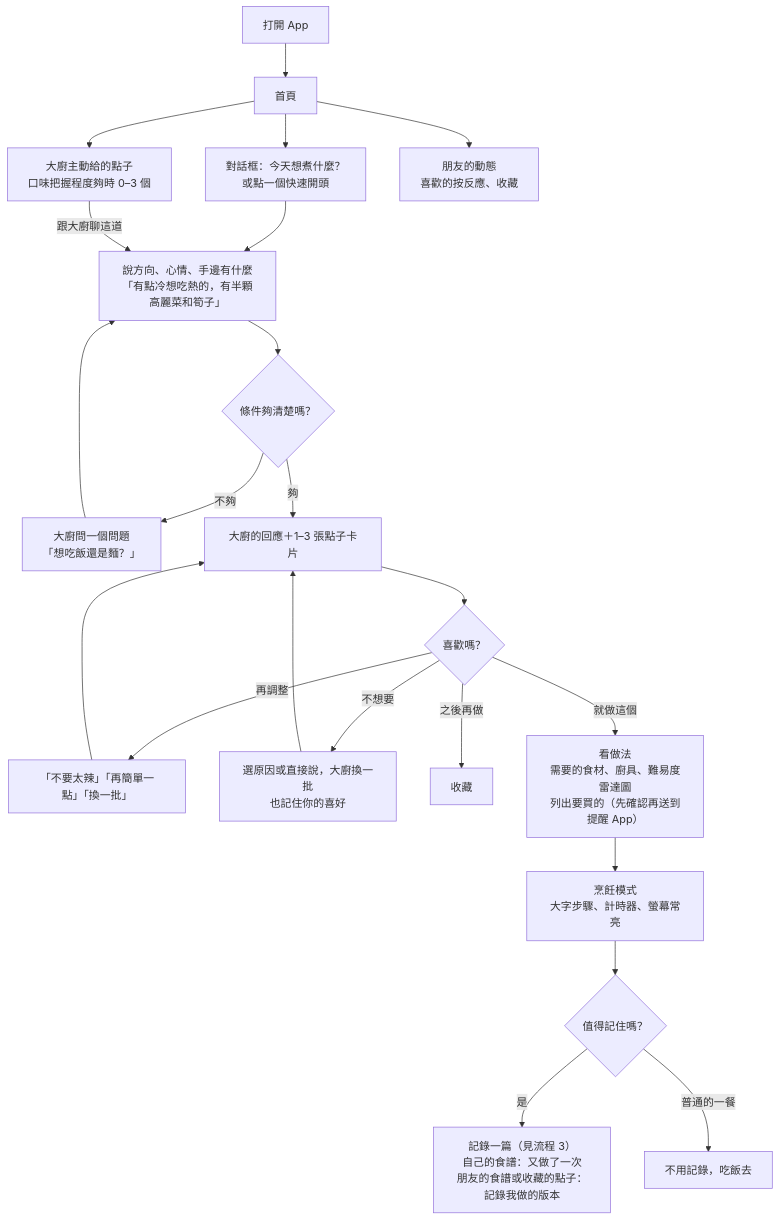
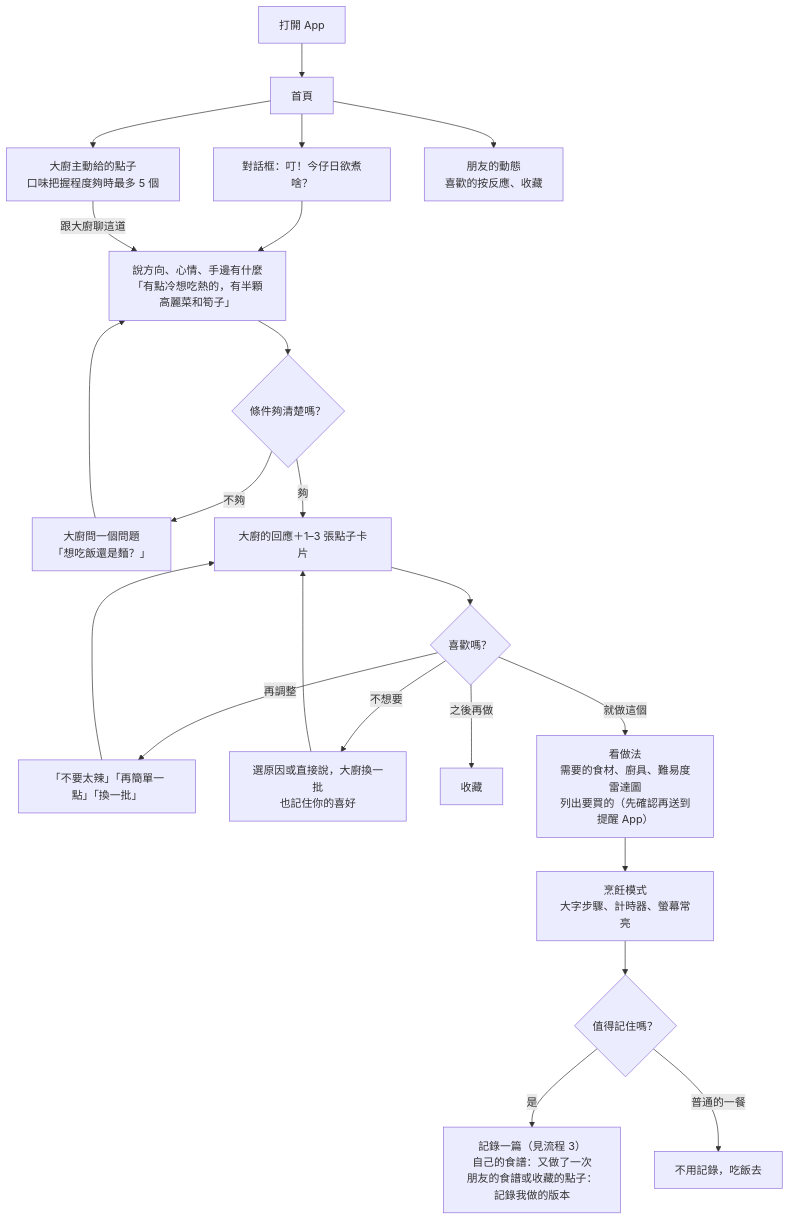
One commit to LeeBoYin/cooking-recipe-app changed the second of 8 diagrams in docs/09-user-flows.md. Above: the diagram before and after it, drawn with Mermaid. The commit also changed 13 other files, not shown here.

````diff
--- a/docs/09-user-flows.md
+++ b/docs/09-user-flows.md
@@ -54,21 +54,21 @@
 ```mermaid
 flowchart TD
   A[打開 App] --> B[首頁]
-  B --> CH[對話框：今天想煮什麼？<br/>或點一個快速開頭]
-  B --> HC[大廚主動給的點子<br/>口味把握程度夠時 0–3 個]
+  B --> CH[對話框：叮！今仔日欲煮啥？]
+  B --> HC[大廚主動給的點子<br/>口味把握程度夠時最多 5 個]
   B --> FR[朋友的動態<br/>喜歡的按反應、收藏]
   CH --> T[說方向、心情、手邊有什麼<br/>「有點冷想吃熱的，有半顆高麗菜和筍子」]
   T --> Q{條件夠清楚嗎？}
   Q -- 不夠 --> AS[大廚問一個問題<br/>「想吃飯還是麵？」] --> T
   Q -- 夠 --> D[大廚的回應＋1–3 張點子卡片]
   HC -- 跟大廚聊這道 --> T
   D --> E{喜歡嗎？}
   E -- 再調整 --> T2[「不要太辣」「再簡單一點」「換一批」] --> D
   E -- 不想要 --> F[選原因或直接說，大廚換一批<br/>也記住你的喜好] --> D
   E -- 之後再做 --> G[收藏]
   E -- 就做這個 --> H[看做法<br/>需要的食材、廚具、難易度雷達圖<br/>列出要買的（先確認再送到提醒 App）]
   H --> I[烹飪模式<br/>大字步驟、計時器、螢幕常亮]
   I --> J{值得記住嗎？}
   J -- 是 --> K[記錄一篇（見流程 3）<br/>自己的食譜：又做了一次<br/>朋友的食譜或收藏的點子：記錄我做的版本]
   J -- 普通的一餐 --> L[不用記錄，吃飯去]
 ```
````
